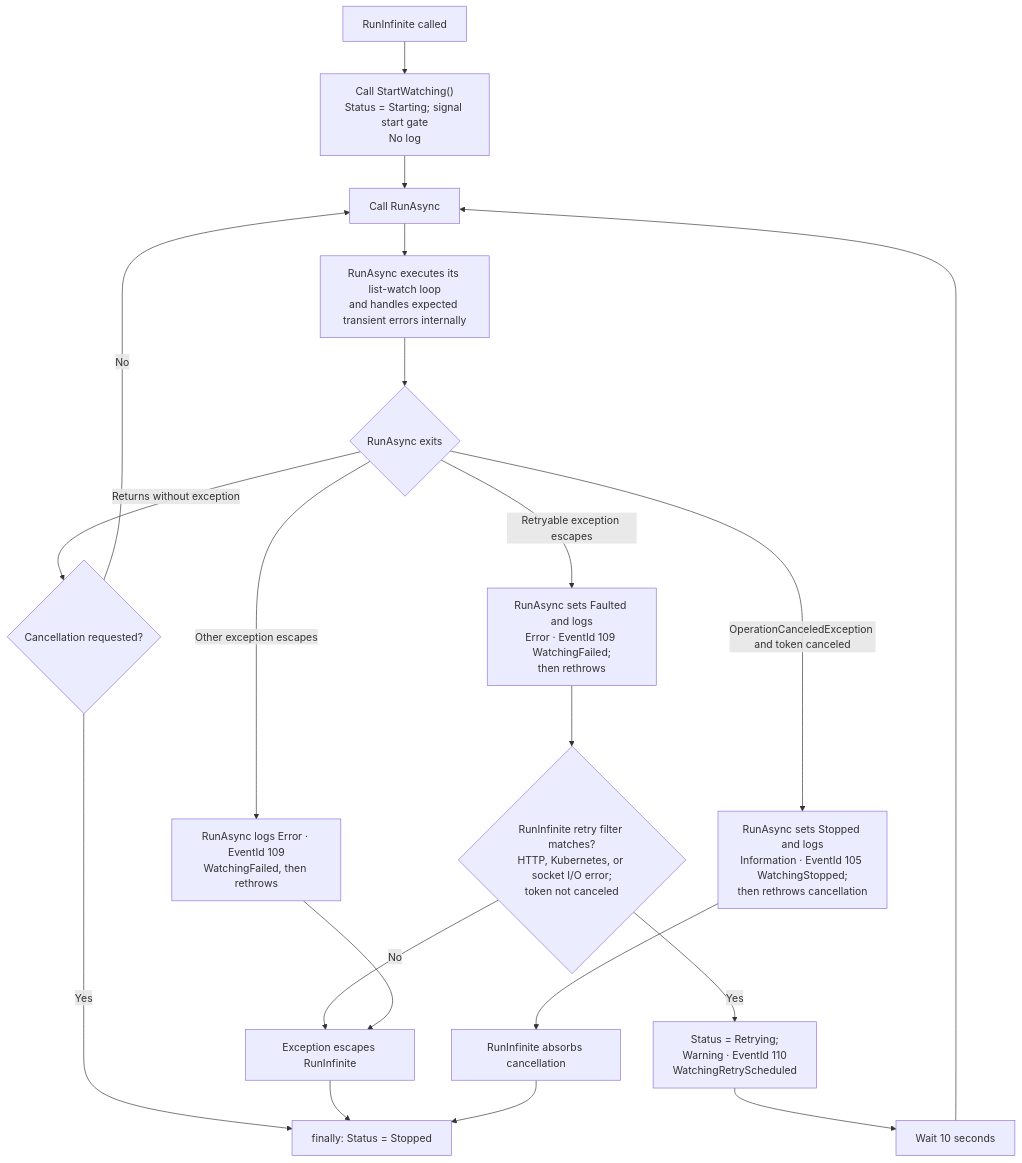
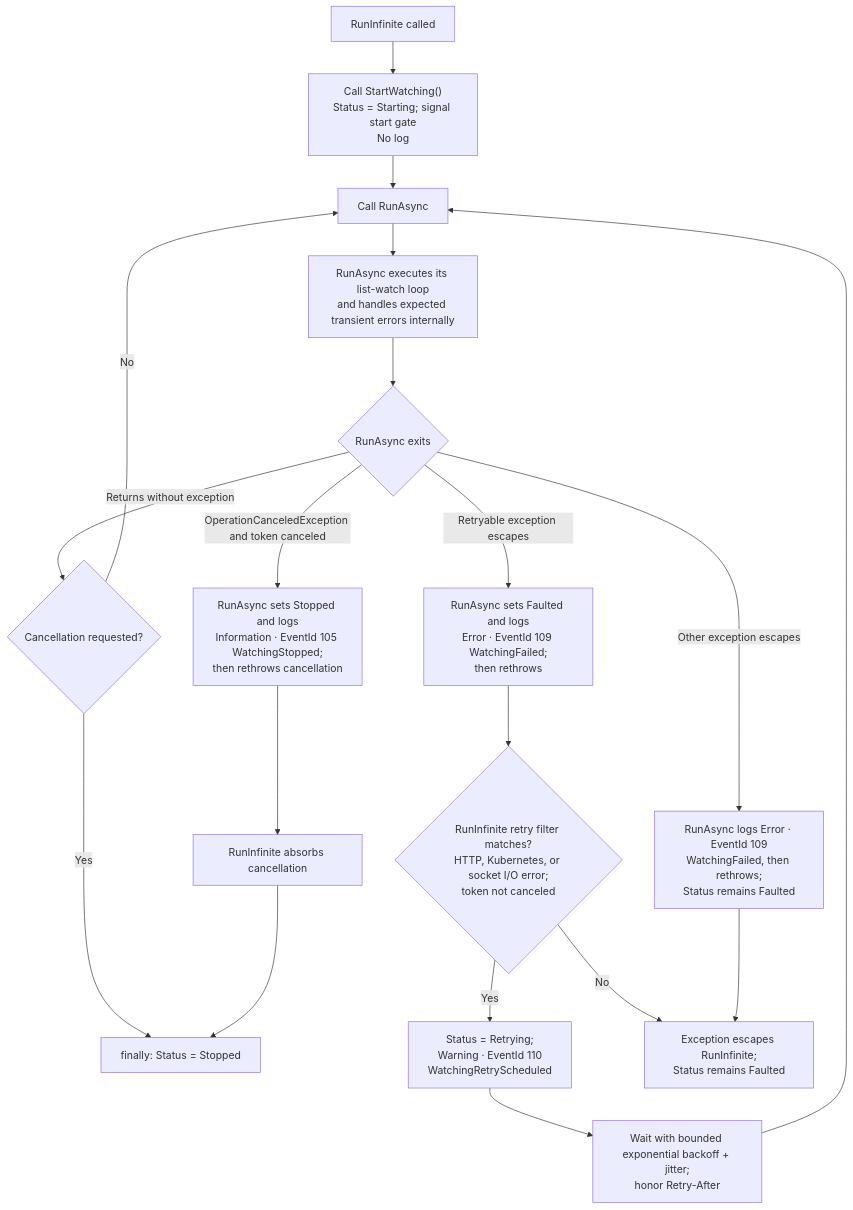
Before and after one commit to IvanJosipovic/KubernetesClient.Informer: the second of 2 diagrams in docs/resource-informer-lifecycle.md, drawn with Mermaid. The commit also changed other lines of this file and 7 other files, not shown here.

````diff
--- a/docs/resource-informer-lifecycle.md
+++ b/docs/resource-informer-lifecycle.md
@@ -73,26 +73,25 @@
 ```mermaid
 flowchart TD
     A["RunInfinite called"] --> B["Call StartWatching()<br/>Status = Starting; signal start gate<br/>No log"]
     B --> C["Call RunAsync"]
     C --> D["RunAsync executes its list-watch loop<br/>and handles expected transient errors internally"]
     D --> E{"RunAsync exits"}
 
     E -- "Returns without exception" --> F{"Cancellation requested?"}
     F -- "No" --> C
     F -- "Yes" --> G["finally: Status = Stopped"]
 
     E -- "Retryable exception escapes" --> H["RunAsync sets Faulted and logs<br/>Error · EventId 109 WatchingFailed;<br/>then rethrows"]
     H --> I{"RunInfinite retry filter matches?<br/>HTTP, Kubernetes, or socket I/O error;<br/>token not canceled"}
     I -- "Yes" --> J["Status = Retrying;<br/>Warning · EventId 110<br/>WatchingRetryScheduled"]
-    J --> K["Wait 10 seconds"]
+    J --> K["Wait with bounded exponential backoff + jitter;<br/>honor Retry-After"]
     K --> C
-    I -- "No" --> L["Exception escapes RunInfinite"]
-    L --> G
+    I -- "No" --> L["Exception escapes RunInfinite;<br/>Status remains Faulted"]
 
     E -- "OperationCanceledException and token canceled" --> M["RunAsync sets Stopped and logs<br/>Information · EventId 105 WatchingStopped;<br/>then rethrows cancellation"]
     M --> N["RunInfinite absorbs cancellation"]
     N --> G
 
-    E -- "Other exception escapes" --> O["RunAsync logs Error · EventId 109<br/>WatchingFailed, then rethrows"]
+    E -- "Other exception escapes" --> O["RunAsync logs Error · EventId 109<br/>WatchingFailed, then rethrows;<br/>Status remains Faulted"]
     O --> L
 ```
````
